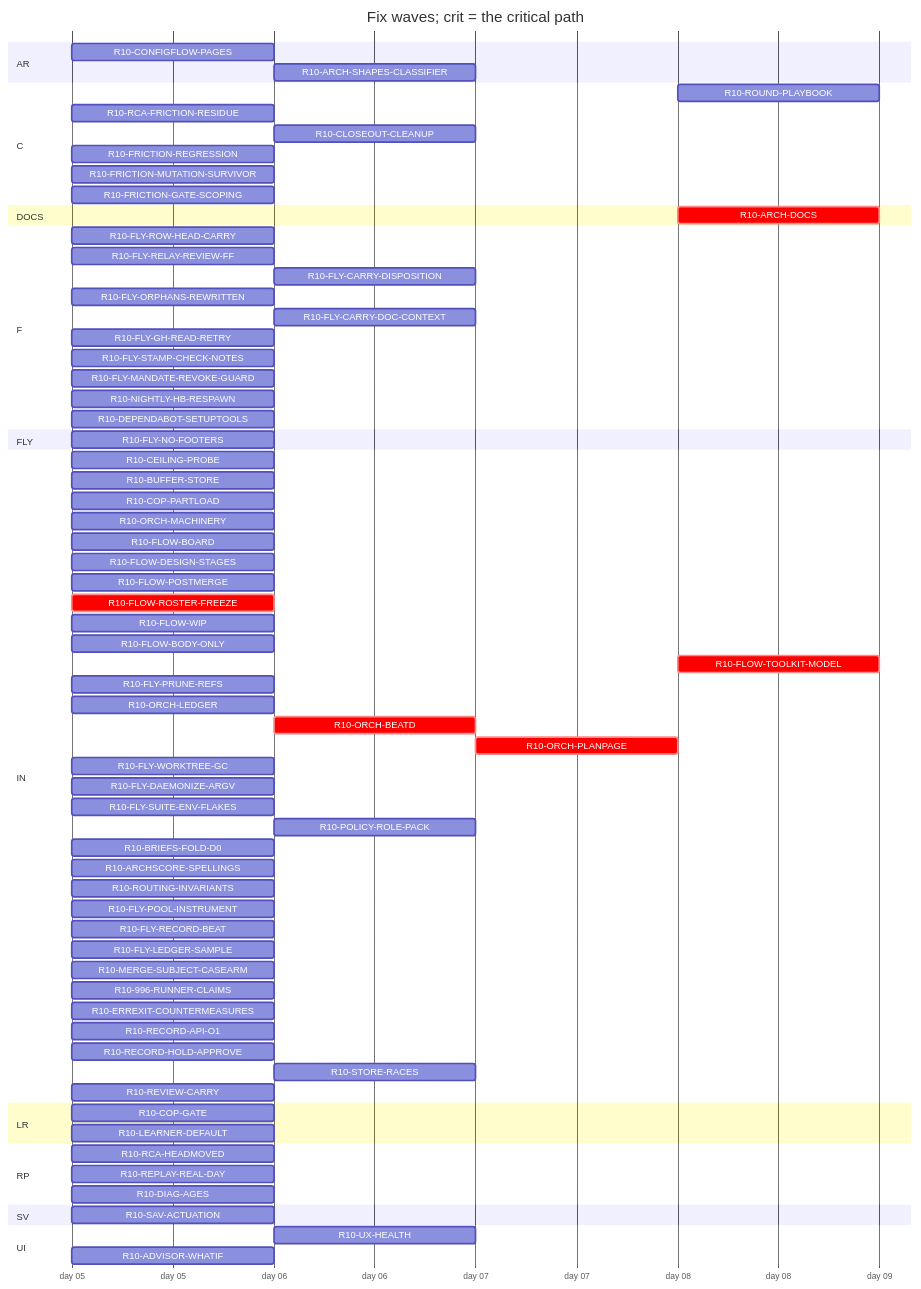
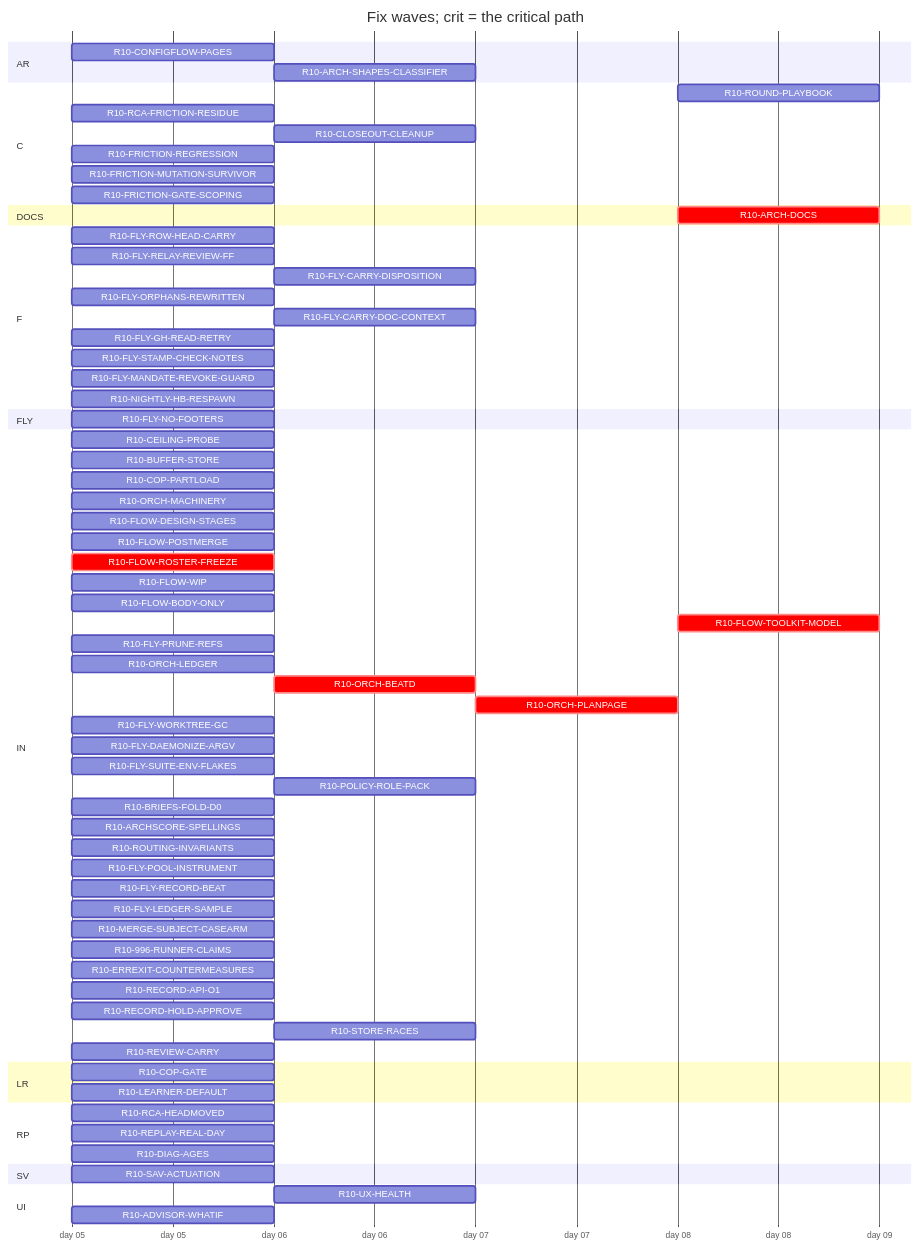
Before and after one commit to tvofi/heatpump_optimizer: the diagram in handoff/round10/state/PLAN-TABLE.md, drawn with Mermaid. The commit also changed other lines of this file and 3 other files, not shown here.

Commit message:
state: FLOW-BOARD.md, NEXT-SESSION-PROMPT.md, PLAN-TABLE.md, RESUME-CURRENT.md regenerated (state_docs.py)

````diff
--- a/handoff/round10/state/PLAN-TABLE.md
+++ b/handoff/round10/state/PLAN-TABLE.md
@@ -23,76 +23,74 @@
 ```mermaid
 gantt
   title Fix waves; crit = the critical path
   dateFormat YYYY-MM-DD
   axisFormat day %d
   section AR
     R10-CONFIGFLOW-PAGES :r10CONFIGFLOWPAGES, 2026-01-05, 1d
     R10-ARCH-SHAPES-CLASSIFIER :r10ARCHSHAPESCLASSIFIER, after r10996RUNNERCLAIMS, 1d
   section C
     R10-ROUND-PLAYBOOK :r10ROUNDPLAYBOOK, after r10ORCHLEDGER r10ORCHBEATD r10ORCHPLANPAGE r10FLYRELAYREVIEWFF r10FLOWROSTERFREEZE r10FLOWBODYONLY, 1d
     R10-RCA-FRICTION-RESIDUE :r10RCAFRICTIONRESIDUE, 2026-01-05, 1d
     R10-CLOSEOUT-CLEANUP :r10CLOSEOUTCLEANUP, after r10FLYPRUNEREFS r10FLYWORKTREEGC, 1d
     R10-FRICTION-REGRESSION :r10FRICTIONREGRESSION, 2026-01-05, 1d
     R10-FRICTION-MUTATION-SURVIVOR :r10FRICTIONMUTATIONSURVIVOR, 2026-01-05, 1d
     R10-FRICTION-GATE-SCOPING :r10FRICTIONGATESCOPING, 2026-01-05, 1d
   section DOCS
-    R10-ARCH-DOCS :crit, r10ARCHDOCS, after r10COPGATE r10UXHEALTH r10CONFIGFLOWPAGES r10RCAHEADMOVED r10CEILINGPROBE r10BUFFERSTORE r10COPPARTLOAD r10LEARNERDEFAULT r10FLOWBOARD r10FLOWDESIGNSTAGES r10FLOWPOSTMERGE r10FLOWROSTERFREEZE r10FLOWWIP r10FLOWBODYONLY r10FLYROWHEADCARRY r10FLYRELAYREVIEWFF r10FLYCARRYDISPOSITION r10FLYORPHANSREWRITTEN r10FLYCARRYDOCCONTEXT r10FLOWTOOLKITMODEL r10FLYSTAMPCHECKNOTES r10FLYMANDATEREVOKEGUARD r10RCAFRICTIONRESIDUE r10NIGHTLYHBRESPAWN r10FLYPRUNEREFS r10ORCHLEDGER r10ORCHBEATD r10ORCHPLANPAGE r10FLYWORKTREEGC r10FLYDAEMONIZEARGV r10POLICYROLEPACK r10BRIEFSFOLDD0 r10REPLAYREALDAY r10ARCHSCORESPELLINGS r10SAVACTUATION r10FLYLEDGERSAMPLE, 1d
+    R10-ARCH-DOCS :crit, r10ARCHDOCS, after r10COPGATE r10UXHEALTH r10CONFIGFLOWPAGES r10RCAHEADMOVED r10CEILINGPROBE r10BUFFERSTORE r10COPPARTLOAD r10LEARNERDEFAULT r10FLOWDESIGNSTAGES r10FLOWPOSTMERGE r10FLOWROSTERFREEZE r10FLOWWIP r10FLOWBODYONLY r10FLYROWHEADCARRY r10FLYRELAYREVIEWFF r10FLYCARRYDISPOSITION r10FLYORPHANSREWRITTEN r10FLYCARRYDOCCONTEXT r10FLOWTOOLKITMODEL r10FLYSTAMPCHECKNOTES r10FLYMANDATEREVOKEGUARD r10RCAFRICTIONRESIDUE r10NIGHTLYHBRESPAWN r10FLYPRUNEREFS r10ORCHLEDGER r10ORCHBEATD r10ORCHPLANPAGE r10FLYWORKTREEGC r10FLYDAEMONIZEARGV r10POLICYROLEPACK r10BRIEFSFOLDD0 r10REPLAYREALDAY r10ARCHSCORESPELLINGS r10SAVACTUATION r10FLYLEDGERSAMPLE, 1d
   section F
     R10-FLY-ROW-HEAD-CARRY :r10FLYROWHEADCARRY, 2026-01-05, 1d
     R10-FLY-RELAY-REVIEW-FF :r10FLYRELAYREVIEWFF, 2026-01-05, 1d
     R10-FLY-CARRY-DISPOSITION :r10FLYCARRYDISPOSITION, after r10FLYORPHANSREWRITTEN, 1d
     R10-FLY-ORPHANS-REWRITTEN :r10FLYORPHANSREWRITTEN, 2026-01-05, 1d
     R10-FLY-CARRY-DOC-CONTEXT :r10FLYCARRYDOCCONTEXT, after r10FLYGHREADRETRY, 1d
     R10-FLY-GH-READ-RETRY :r10FLYGHREADRETRY, 2026-01-05, 1d
     R10-FLY-STAMP-CHECK-NOTES :r10FLYSTAMPCHECKNOTES, 2026-01-05, 1d
     R10-FLY-MANDATE-REVOKE-GUARD :r10FLYMANDATEREVOKEGUARD, 2026-01-05, 1d
     R10-NIGHTLY-HB-RESPAWN :r10NIGHTLYHBRESPAWN, 2026-01-05, 1d
-    R10-DEPENDABOT-SETUPTOOLS :r10DEPENDABOTSETUPTOOLS, 2026-01-05, 1d
   section FLY
     R10-FLY-NO-FOOTERS :r10FLYNOFOOTERS, 2026-01-05, 1d
   section IN
     R10-CEILING-PROBE :r10CEILINGPROBE, 2026-01-05, 1d
     R10-BUFFER-STORE :r10BUFFERSTORE, 2026-01-05, 1d
     R10-COP-PARTLOAD :r10COPPARTLOAD, 2026-01-05, 1d
     R10-ORCH-MACHINERY :r10ORCHMACHINERY, 2026-01-05, 1d
-    R10-FLOW-BOARD :r10FLOWBOARD, 2026-01-05, 1d
     R10-FLOW-DESIGN-STAGES :r10FLOWDESIGNSTAGES, 2026-01-05, 1d
     R10-FLOW-POSTMERGE :r10FLOWPOSTMERGE, 2026-01-05, 1d
     R10-FLOW-ROSTER-FREEZE :crit, r10FLOWROSTERFREEZE, 2026-01-05, 1d
     R10-FLOW-WIP :r10FLOWWIP, 2026-01-05, 1d
     R10-FLOW-BODY-ONLY :r10FLOWBODYONLY, 2026-01-05, 1d
     R10-FLOW-TOOLKIT-MODEL :crit, r10FLOWTOOLKITMODEL, after r10ORCHPLANPAGE, 1d
     R10-FLY-PRUNE-REFS :r10FLYPRUNEREFS, 2026-01-05, 1d
     R10-ORCH-LEDGER :r10ORCHLEDGER, 2026-01-05, 1d
     R10-ORCH-BEATD :crit, r10ORCHBEATD, after r10FLOWROSTERFREEZE, 1d
     R10-ORCH-PLANPAGE :crit, r10ORCHPLANPAGE, after r10ORCHBEATD, 1d
     R10-FLY-WORKTREE-GC :r10FLYWORKTREEGC, 2026-01-05, 1d
     R10-FLY-DAEMONIZE-ARGV :r10FLYDAEMONIZEARGV, 2026-01-05, 1d
     R10-FLY-SUITE-ENV-FLAKES :r10FLYSUITEENVFLAKES, 2026-01-05, 1d
     R10-POLICY-ROLE-PACK :r10POLICYROLEPACK, after r10FLOWDESIGNSTAGES, 1d
     R10-BRIEFS-FOLD-D0 :r10BRIEFSFOLDD0, 2026-01-05, 1d
     R10-ARCHSCORE-SPELLINGS :r10ARCHSCORESPELLINGS, 2026-01-05, 1d
     R10-ROUTING-INVARIANTS :r10ROUTINGINVARIANTS, 2026-01-05, 1d
     R10-FLY-POOL-INSTRUMENT :r10FLYPOOLINSTRUMENT, 2026-01-05, 1d
     R10-FLY-RECORD-BEAT :r10FLYRECORDBEAT, 2026-01-05, 1d
     R10-FLY-LEDGER-SAMPLE :r10FLYLEDGERSAMPLE, 2026-01-05, 1d
     R10-MERGE-SUBJECT-CASEARM :r10MERGESUBJECTCASEARM, 2026-01-05, 1d
     R10-996-RUNNER-CLAIMS :r10996RUNNERCLAIMS, 2026-01-05, 1d
     R10-ERREXIT-COUNTERMEASURES :r10ERREXITCOUNTERMEASURES, 2026-01-05, 1d
     R10-RECORD-API-O1 :r10RECORDAPIO1, 2026-01-05, 1d
     R10-RECORD-HOLD-APPROVE :r10RECORDHOLDAPPROVE, 2026-01-05, 1d
     R10-STORE-RACES :r10STORERACES, after r10BUFFERSTORE, 1d
     R10-REVIEW-CARRY :r10REVIEWCARRY, 2026-01-05, 1d
   section LR
     R10-COP-GATE :r10COPGATE, 2026-01-05, 1d
     R10-LEARNER-DEFAULT :r10LEARNERDEFAULT, 2026-01-05, 1d
   section RP
     R10-RCA-HEADMOVED :r10RCAHEADMOVED, 2026-01-05, 1d
     R10-REPLAY-REAL-DAY :r10REPLAYREALDAY, 2026-01-05, 1d
     R10-DIAG-AGES :r10DIAGAGES, 2026-01-05, 1d
   section SV
     R10-SAV-ACTUATION :r10SAVACTUATION, 2026-01-05, 1d
   section UI
     R10-UX-HEALTH :r10UXHEALTH, after r10COPGATE, 1d
     R10-ADVISOR-WHATIF :r10ADVISORWHATIF, 2026-01-05, 1d
 ```
````
